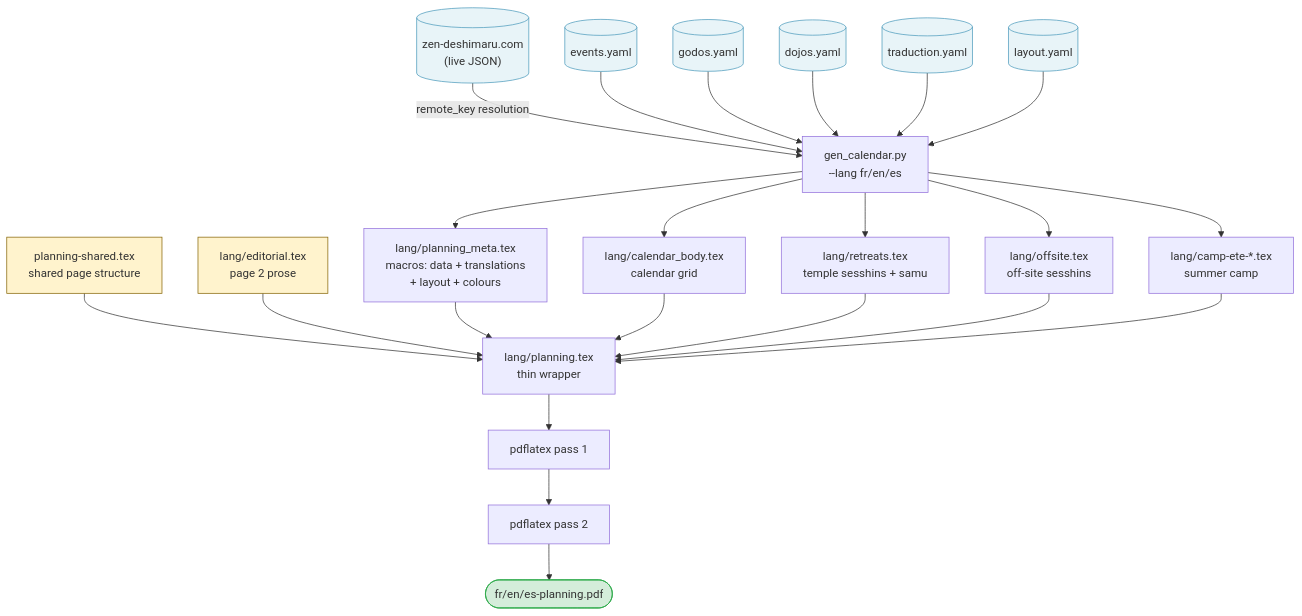
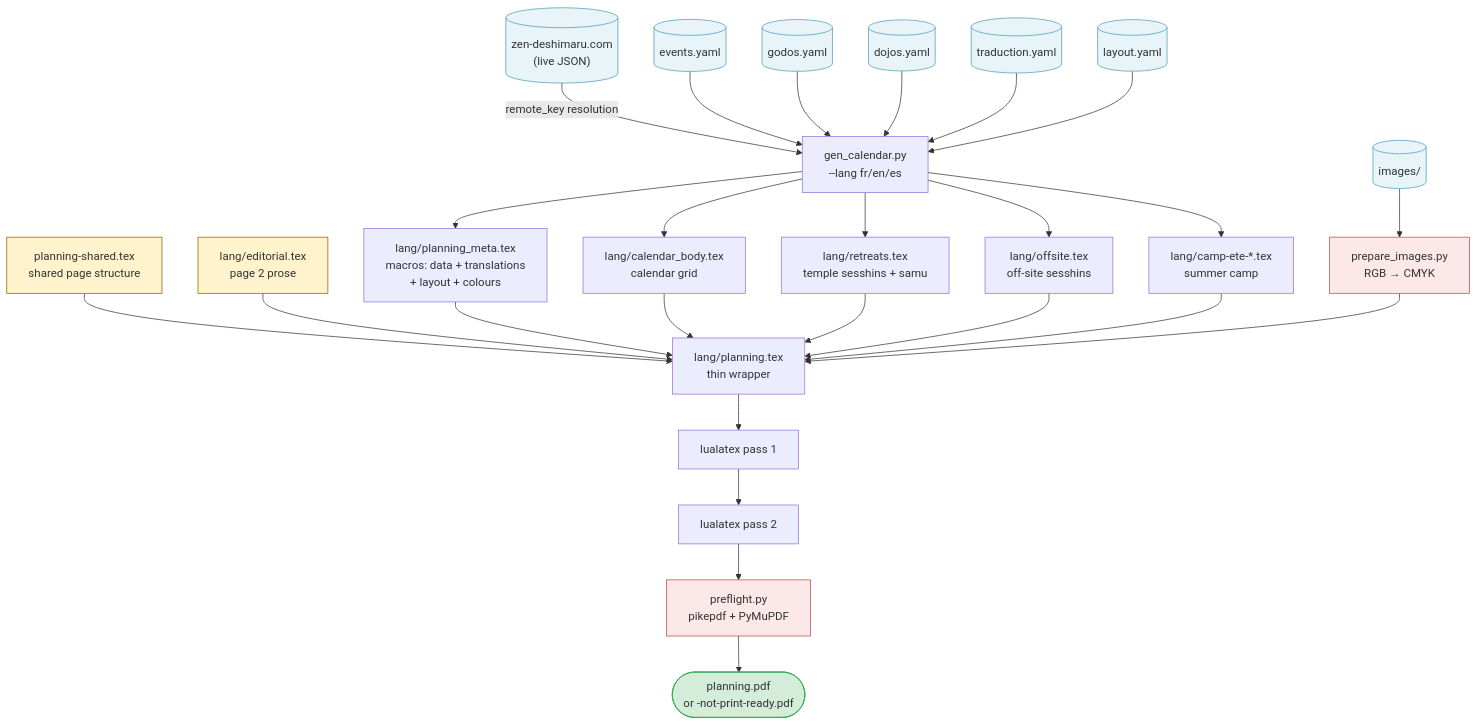
One commit to olivier-carrere/redaction-technique.org changed the diagram in src/content/blog/planning-poster-layout-data-generation-separation.mdx. Above: the diagram before and after it, drawn with Mermaid. The commit also changed other lines of this file, not shown here.

First line of the commit message:
edit(blog): add PDF/X-4 preflight implementation to print-ready section

````diff
--- a/src/content/blog/planning-poster-layout-data-generation-separation.mdx
+++ b/src/content/blog/planning-poster-layout-data-generation-separation.mdx
@@ -51,36 +51,42 @@
 ```mermaid
 flowchart TD
     R[("zen-deshimaru.com<br/>(live JSON)")] -->|remote_key resolution| G
     EV[(events.yaml)] --> G
     GO[(godos.yaml)] --> G
     DO[(dojos.yaml)] --> G
     TR[(traduction.yaml)] --> G
     LY[(layout.yaml)] --> G
     G[gen_calendar.py<br/>--lang fr/en/es] --> M[lang/planning_meta.tex<br/>macros: data + translations<br/>+ layout + colours]
     G --> CB[lang/calendar_body.tex<br/>calendar grid]
     G --> ST[lang/retreats.tex<br/>temple sesshins + samu]
     G --> AS[lang/offsite.tex<br/>off-site sesshins]
     G --> CE[lang/camp-ete-*.tex<br/>summer camp]
 
     SH[planning-shared.tex<br/>shared page structure] --> P
     ED[lang/editorial.tex<br/>page 2 prose] --> P
     M --> P[lang/planning.tex<br/>thin wrapper]
     CB --> P
     ST --> P
     AS --> P
     CE --> P
 
-    P --> L1[pdflatex pass 1]
-    L1 --> L2[pdflatex pass 2]
-    L2 --> F([fr/en/es-planning.pdf])
+    IMG[(images/)] --> IP[prepare_images.py<br/>RGB → CMYK]
+    IP --> P
+    P --> L1[lualatex pass 1]
+    L1 --> L2[lualatex pass 2]
+    L2 --> PF[preflight.py<br/>pikepdf + PyMuPDF]
+    PF --> F([planning.pdf<br/>or -not-print-ready.pdf])
 
     style R fill:#e8f4f8,stroke:#4a9abb
     style EV fill:#e8f4f8,stroke:#4a9abb
     style GO fill:#e8f4f8,stroke:#4a9abb
     style DO fill:#e8f4f8,stroke:#4a9abb
     style TR fill:#e8f4f8,stroke:#4a9abb
     style LY fill:#e8f4f8,stroke:#4a9abb
+    style IMG fill:#e8f4f8,stroke:#4a9abb
+    style IP fill:#fce8e8,stroke:#bb4a4a
+    style PF fill:#fce8e8,stroke:#bb4a4a
     style SH fill:#fff3cd,stroke:#856404
     style ED fill:#fff3cd,stroke:#856404
     style F fill:#d4edda,stroke:#28a745
 ```
````
